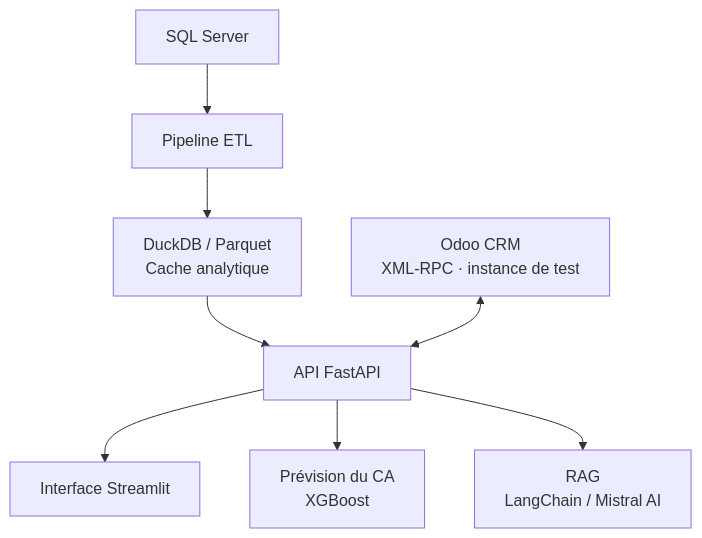
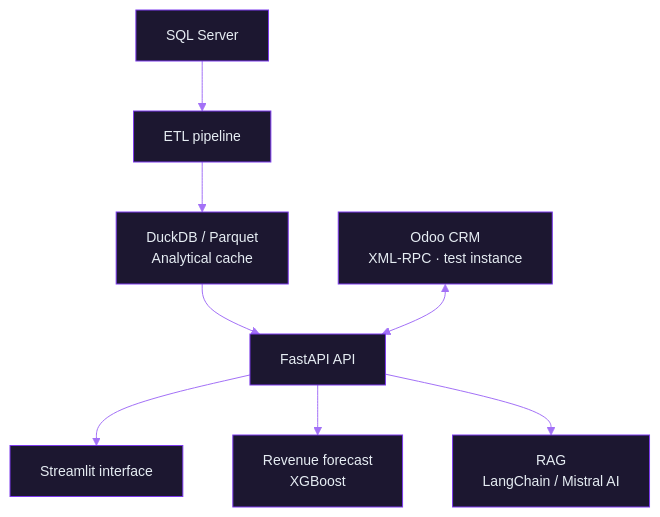
One commit to Samah-boudallaa/Samah-boudallaa changed the second of 5 diagrams in README.md. Above: the diagram before and after it, drawn with Mermaid. The commit also changed other lines of this file, not shown here.

````diff
--- a/README.md
+++ b/README.md
@@ -208,10 +203,11 @@
 ```mermaid
+%%{init: {"theme":"base","themeVariables":{"primaryColor":"#1c1730","primaryTextColor":"#e6edf3","primaryBorderColor":"#7c3aed","lineColor":"#a371f7","secondaryColor":"#1c1730","tertiaryColor":"#0d1117","fontSize":"14px"}}}%%
 flowchart TD
-    A["SQL Server"] --> B["Pipeline ETL"]
-    B --> C["DuckDB / Parquet<br/>Cache analytique"]
-    C --> D["API FastAPI"]
-    D --> E["Interface Streamlit"]
-    D --> F["Prévision du CA<br/>XGBoost"]
+    A["SQL Server"] --> B["ETL pipeline"]
+    B --> C["DuckDB / Parquet<br/>Analytical cache"]
+    C --> D["FastAPI API"]
+    D --> E["Streamlit interface"]
+    D --> F["Revenue forecast<br/>XGBoost"]
     D --> G["RAG<br/>LangChain / Mistral AI"]
-    H["Odoo CRM<br/>XML-RPC · instance de test"] <--> D
+    H["Odoo CRM<br/>XML-RPC · test instance"] <--> D
 ```
````
